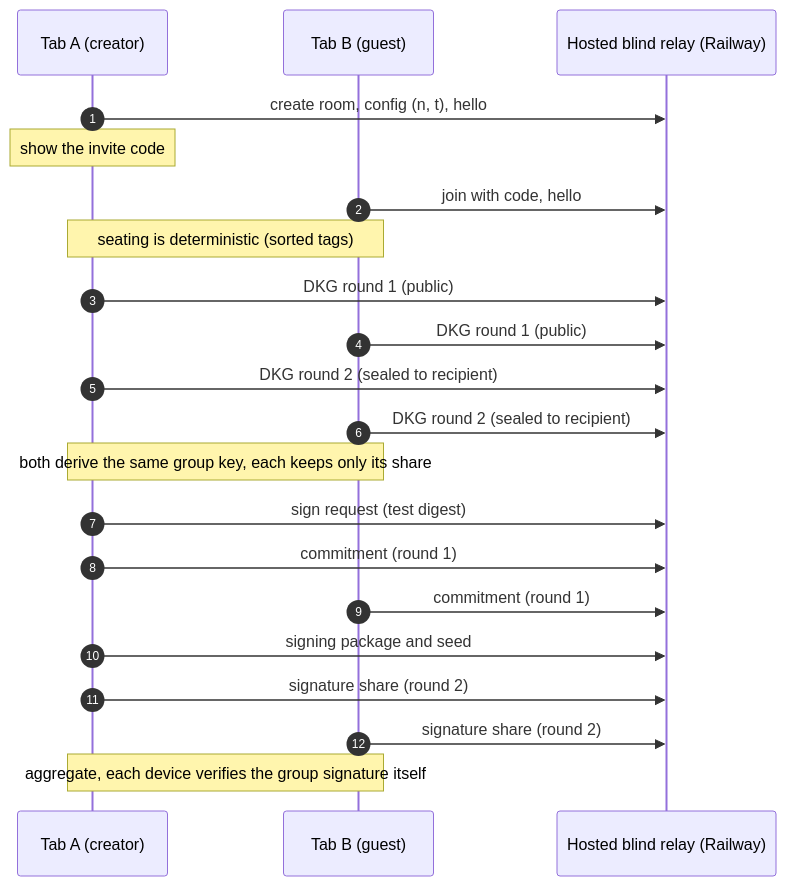
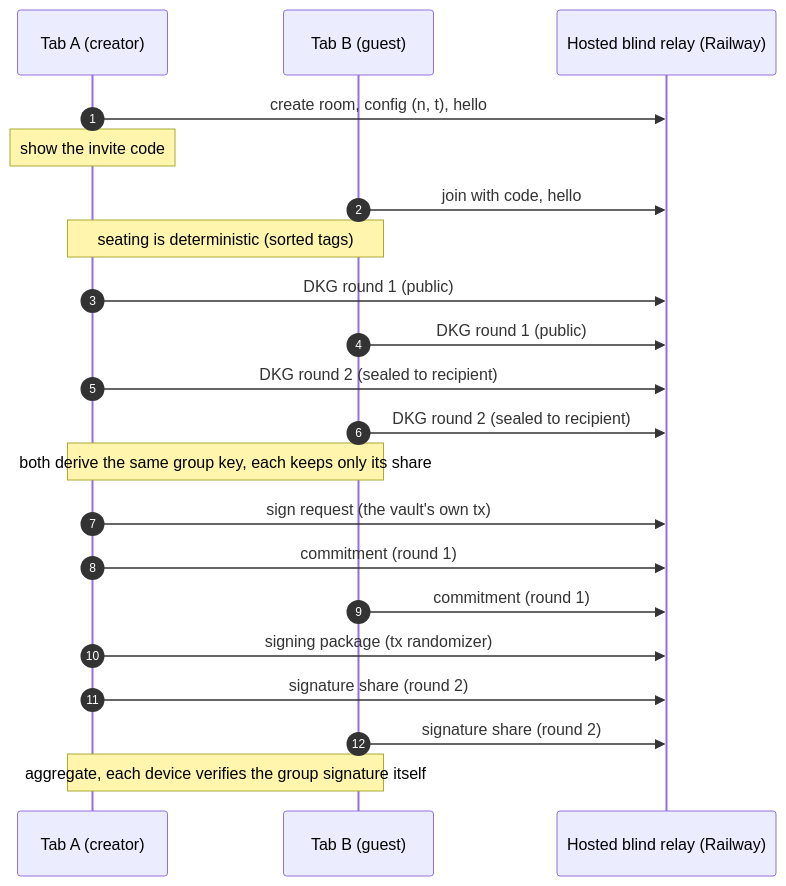
The fifth of 10 diagrams in docs/DIAGRAMS.md (deegalabs/konclave), drawn with Mermaid before and after one commit. The commit also changed other lines of this file and 20 other files, not shown here.

````diff
--- a/docs/DIAGRAMS.md
+++ b/docs/DIAGRAMS.md
@@ -96,24 +96,24 @@
 ```mermaid
 sequenceDiagram
   autonumber
   participant TA as Tab A (creator)
   participant TB as Tab B (guest)
   participant HR as Hosted blind relay (Railway)
 
   TA->>HR: create room, config (n, t), hello
   Note over TA: show the invite code
   TB->>HR: join with code, hello
   Note over TA,TB: seating is deterministic (sorted tags)
   TA->>HR: DKG round 1 (public)
   TB->>HR: DKG round 1 (public)
   TA->>HR: DKG round 2 (sealed to recipient)
   TB->>HR: DKG round 2 (sealed to recipient)
   Note over TA,TB: both derive the same group key, each keeps only its share
-  TA->>HR: sign request (test digest)
+  TA->>HR: sign request (the vault's own tx)
   TA->>HR: commitment (round 1)
   TB->>HR: commitment (round 1)
-  TA->>HR: signing package and seed
+  TA->>HR: signing package (tx randomizer)
   TA->>HR: signature share (round 2)
   TB->>HR: signature share (round 2)
   Note over TA,TB: aggregate, each device verifies the group signature itself
 ```
````
